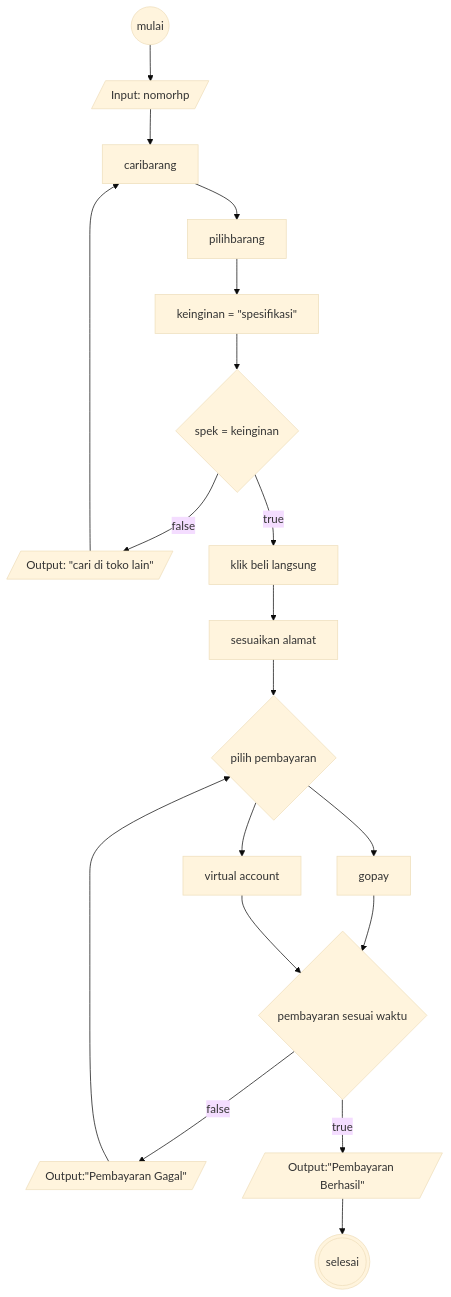
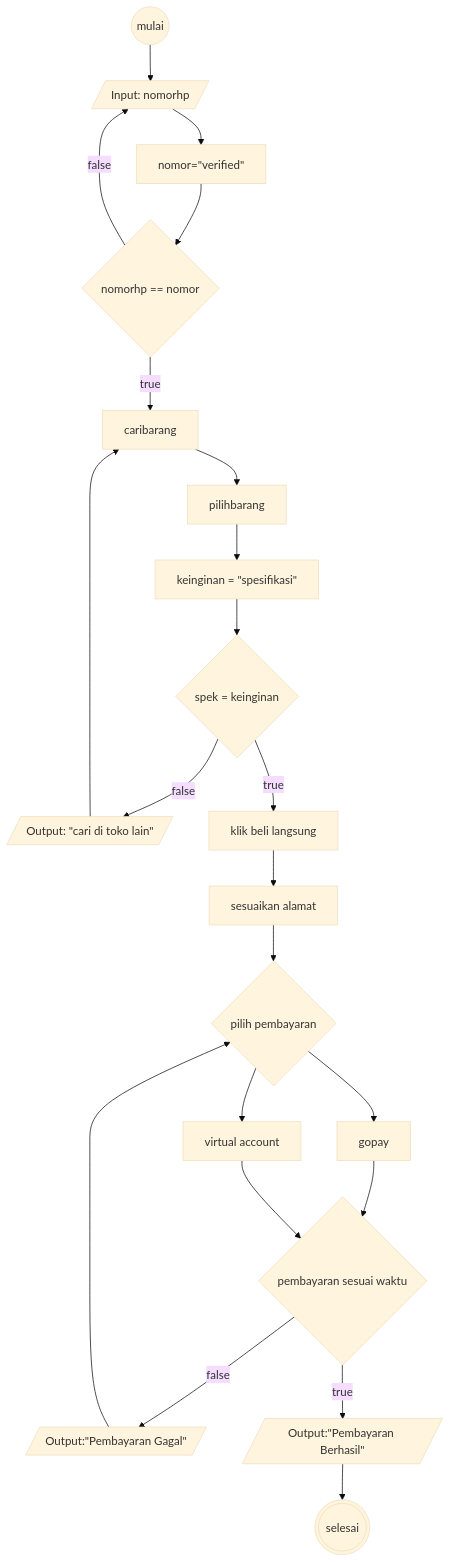
The diagram in algoritma-checkout-tokopedia.md (alhilalfathi/koda-b6-algoritma), drawn with Mermaid (base theme) before and after one commit.

````diff
--- a/algoritma-checkout-tokopedia.md
+++ b/algoritma-checkout-tokopedia.md
@@ -19,29 +19,32 @@
 ```mermaid
 flowchart TD
     mulai@{ shape: circle,}
     login@{ shape: lean-r, label: "Input: nomorhp"}
+    verif@{ label: "nomor=#quot;verified#quot;"}
+    logincek@{ shape: diamond, label: "nomorhp == nomor"}
     cariitem@{ label: "caribarang"}
     pilihitem@{ label: "pilihbarang"}
     keinginan@{ label: "keinginan = #quot;spesifikasi#quot;"}
     spek@{ shape: diamond, label: "spek = keinginan"}
     false1@{ shape: lean-r, label: "Output: #quot;cari di toko lain#quot;"}
     true1@{ label: "klik beli langsung"}
     alamat@{ label: "sesuaikan alamat"}
     pembayaran@{ shape: diamond, label: "pilih pembayaran"}
     gopay@{ label: "gopay"}
     va@{ label: "virtual account"}
     pembayaran2@{shape: diamond, label: "pembayaran sesuai waktu"}
     false2@{shape: lean-r, label: "Output:#quot;Pembayaran Gagal#quot;"}
     true2@{shape: lean-r, label: "Output:#quot;Pembayaran Berhasil#quot;"}
     selesai@{ shape: dbl-circ,}
 
-mulai-->login
-login-->cariitem-->pilihitem-->keinginan-->spek
+mulai-->login-->verif-->logincek
+logincek--true-->cariitem-->pilihitem-->keinginan-->spek
+logincek--false-->login
 spek--false-->false1-->cariitem
 spek--true-->true1-->alamat-->pembayaran
 pembayaran-->gopay-->pembayaran2
 pembayaran-->va-->pembayaran2
 pembayaran2--false-->false2-->pembayaran
 pembayaran2--true-->true2-->selesai
 
 ```
````
